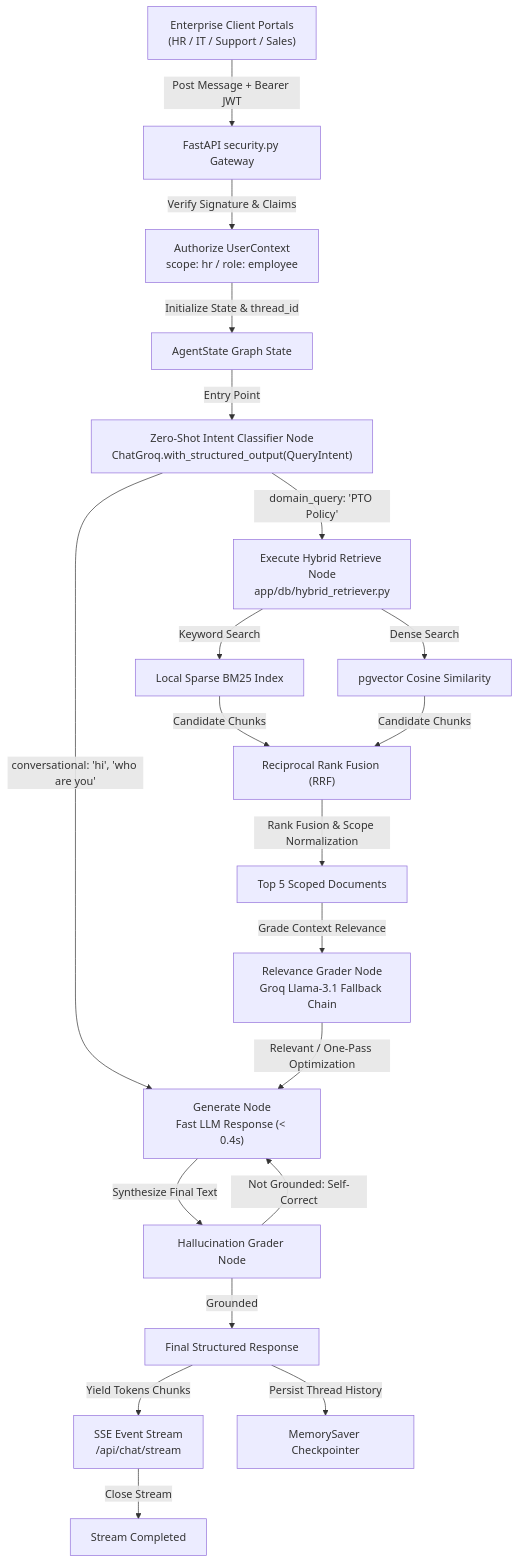
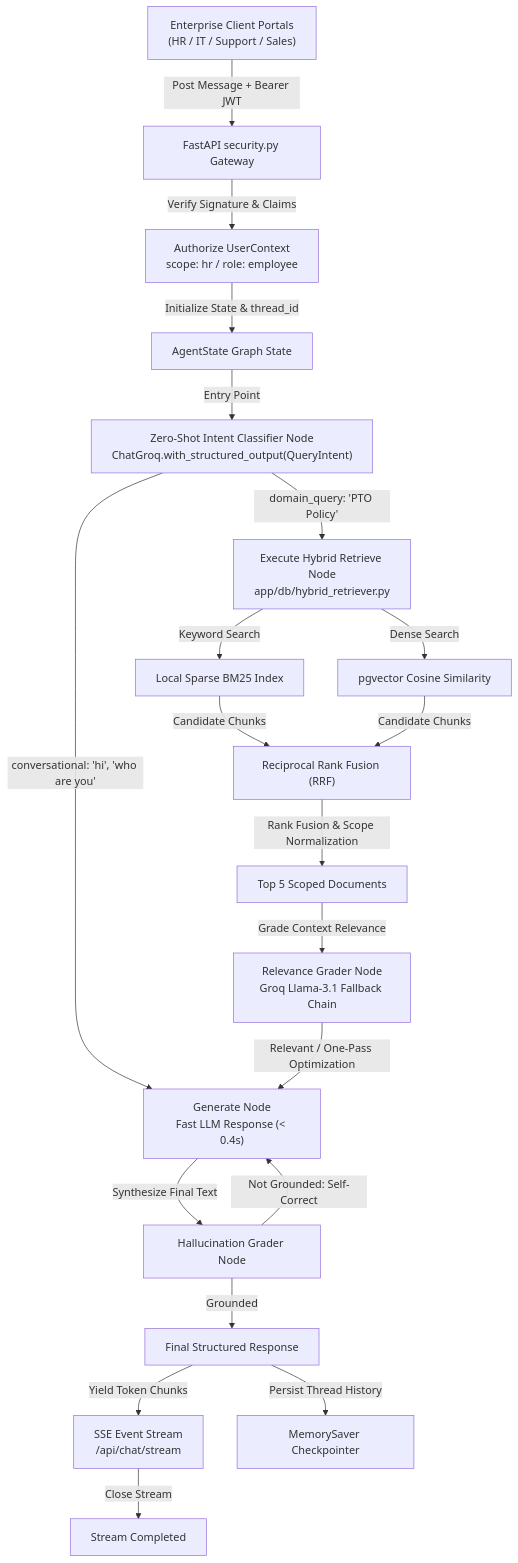
The diagram in README.md (onkar-2006/multi-tenent-Enterprize-rag-system), drawn with Mermaid before and after one commit. The commit also changed other lines of this file, not shown here.

````diff
--- a/README.md
+++ b/README.md
@@ -11,38 +32,38 @@
 ```mermaid
 graph TD
     %% Portals and Security Gateway
     Portal["Enterprise Client Portals<br/>(HR / IT / Support / Sales)"] -->|"Post Message + Bearer JWT"| API["FastAPI security.py Gateway"]
     API -->|"Verify Signature & Claims"| Context["Authorize UserContext<br/>scope: hr / role: employee"]
     
     %% Graph State & Intent Classifier Node
     Context -->|"Initialize State & thread_id"| State["AgentState Graph State"]
     State -->|"Entry Point"| IntentClassifier["Zero-Shot Intent Classifier Node<br/>ChatGroq.with_structured_output(QueryIntent)"]
     
     %% Intent Routing Branching
     IntentClassifier -->|"conversational: 'hi', 'who are you'"| Generator["Generate Node<br/>Fast LLM Response (< 0.4s)"]
     IntentClassifier -->|"domain_query: 'PTO Policy'"| RetrieveNode["Execute Hybrid Retrieve Node<br/>app/db/hybrid_retriever.py"]
     
     %% Scoped Hybrid Retrieval
     RetrieveNode -->|"Keyword Search"| BM25["Local Sparse BM25 Index"]
     RetrieveNode -->|"Dense Search"| PgVector["pgvector Cosine Similarity"]
     
     BM25 -->|"Candidate Chunks"| RRF["Reciprocal Rank Fusion (RRF)"]
     PgVector -->|"Candidate Chunks"| RRF
     RRF -->|"Rank Fusion & Scope Normalization"| RetDocs["Top 5 Scoped Documents"]
     
     %% Self-Correction & Grading
     RetDocs -->|"Grade Context Relevance"| Grader["Relevance Grader Node<br/>Groq Llama-3.1 Fallback Chain"]
     Grader -->|"Relevant / One-Pass Optimization"| Generator
     
     %% Hallucination & Self-Correction
     Generator -->|"Synthesize Final Text"| HGrader["Hallucination Grader Node"]
     HGrader -->|"Grounded"| FinalResponse["Final Structured Response"]
     HGrader -->|"Not Grounded: Self-Correct"| Generator
     
     %% SSE Streaming Output
-    FinalResponse -->|"Yield Tokens Chunks"| Stream["SSE Event Stream<br/>/api/chat/stream"]
+    FinalResponse -->|"Yield Token Chunks"| Stream["SSE Event Stream<br/>/api/chat/stream"]
     Stream -->|"Close Stream"| Client["Stream Completed"]
     
     %% Checkpointer Memory Loop
     FinalResponse -->|"Persist Thread History"| Memory["MemorySaver Checkpointer"]
 ```
````
